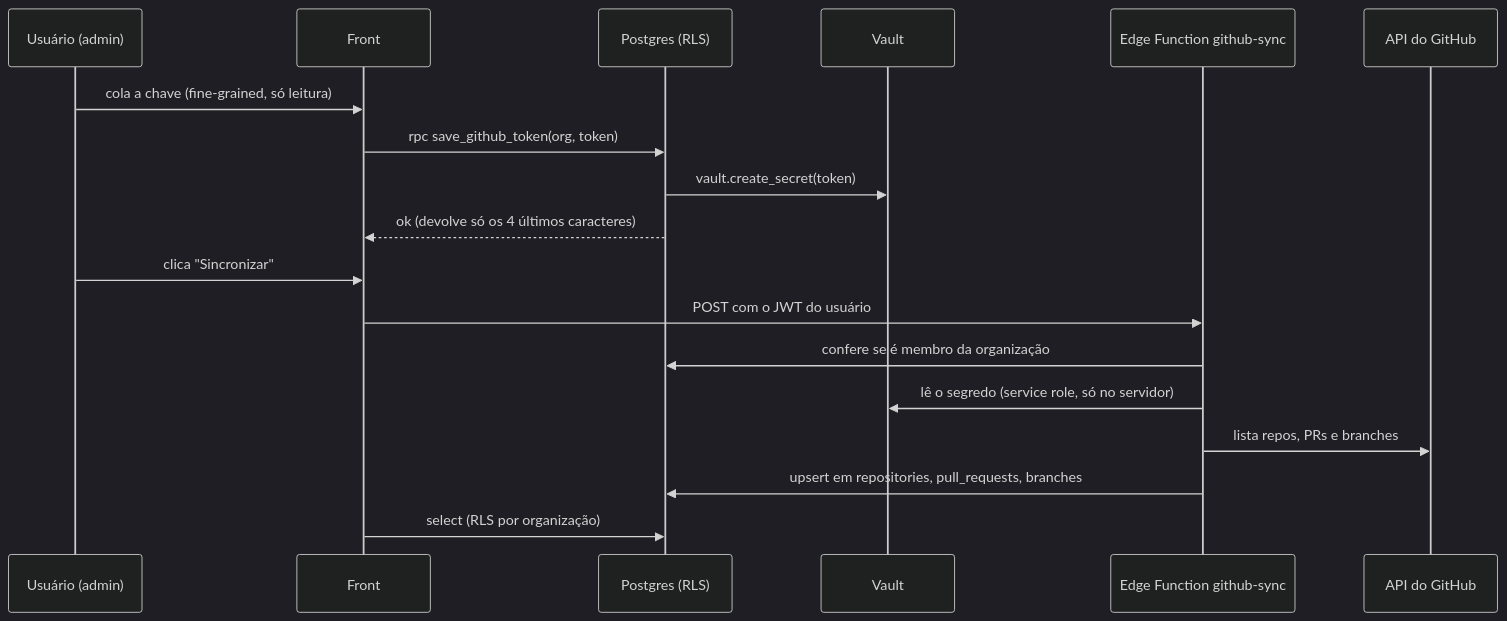
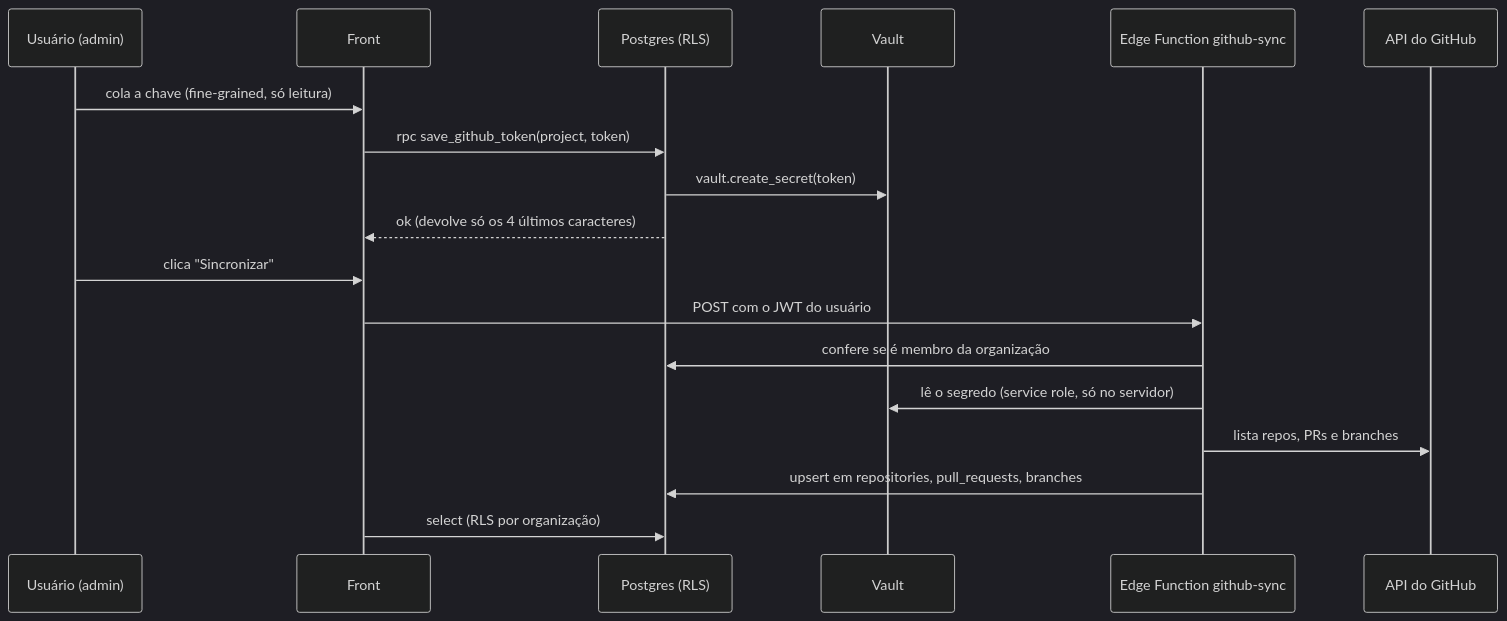
The third of 3 diagrams in docs/PLANO_TECNICO.md (govtechbr/govtech), drawn with Mermaid (dark theme) before and after one commit. The commit also changed other lines of this file and 1 other file, not shown here.

Commit message:
docs: record signup, per-project GitHub key and Sao Paulo region decisions

````diff
--- a/docs/PLANO_TECNICO.md
+++ b/docs/PLANO_TECNICO.md
@@ -352,20 +360,20 @@
 ```mermaid
 sequenceDiagram
   participant U as Usuário (admin)
   participant F as Front
   participant DB as Postgres (RLS)
   participant V as Vault
   participant EF as Edge Function github-sync
   participant GH as API do GitHub
   U->>F: cola a chave (fine-grained, só leitura)
-  F->>DB: rpc save_github_token(org, token)
+  F->>DB: rpc save_github_token(project, token)
   DB->>V: vault.create_secret(token)
   DB-->>F: ok (devolve só os 4 últimos caracteres)
   U->>F: clica "Sincronizar"
   F->>EF: POST com o JWT do usuário
   EF->>DB: confere se é membro da organização
   EF->>V: lê o segredo (service role, só no servidor)
   EF->>GH: lista repos, PRs e branches
   EF->>DB: upsert em repositories, pull_requests, branches
   F->>DB: select (RLS por organização)
 ```
````
